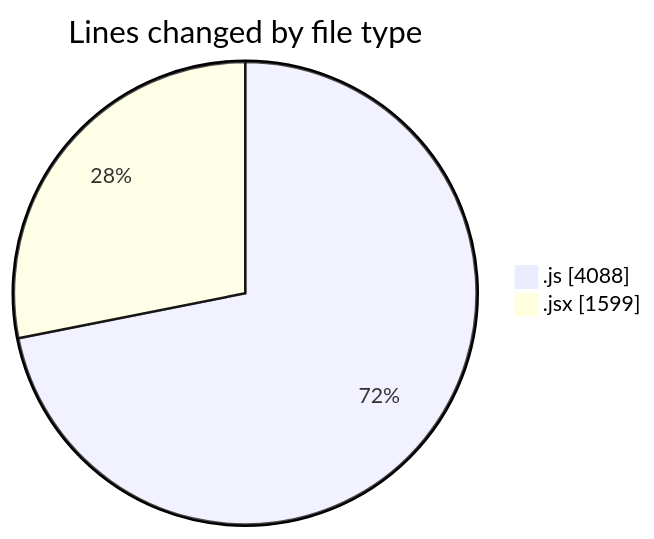
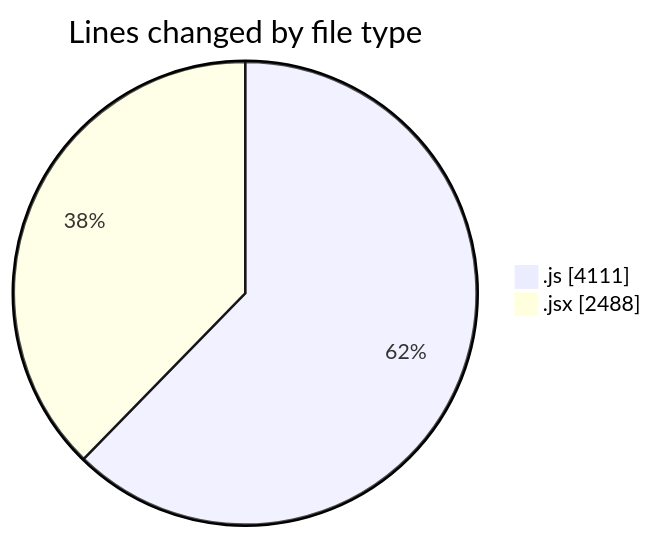
Before and after one commit to nxtqubesakshisongat/code-tracking: the first of 2 diagrams in 2025-08-13/nxtqube_webapp/README.md, drawn with Mermaid. The commit also changed other lines of this file and 1 other file, not shown here.

````diff
--- a/2025-08-13/nxtqube_webapp/README.md
+++ b/2025-08-13/nxtqube_webapp/README.md
@@ -23,6 +24,6 @@
 ```mermaid
 pie showData
 title Lines changed by file type
-".js" : 4088
-".jsx" : 1599
+".js" : 4111
+".jsx" : 2488
 ```
````
